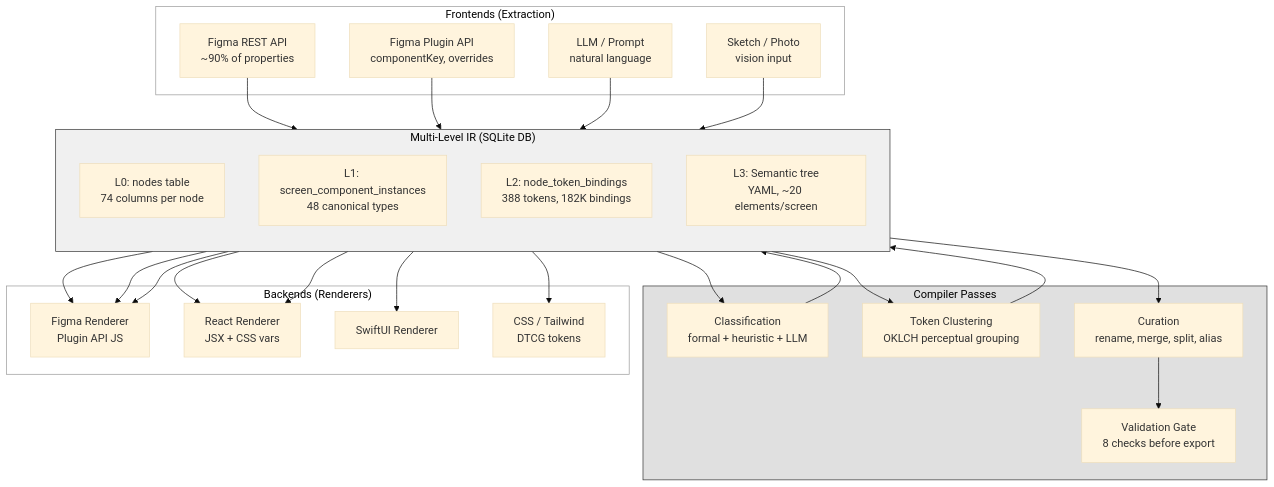
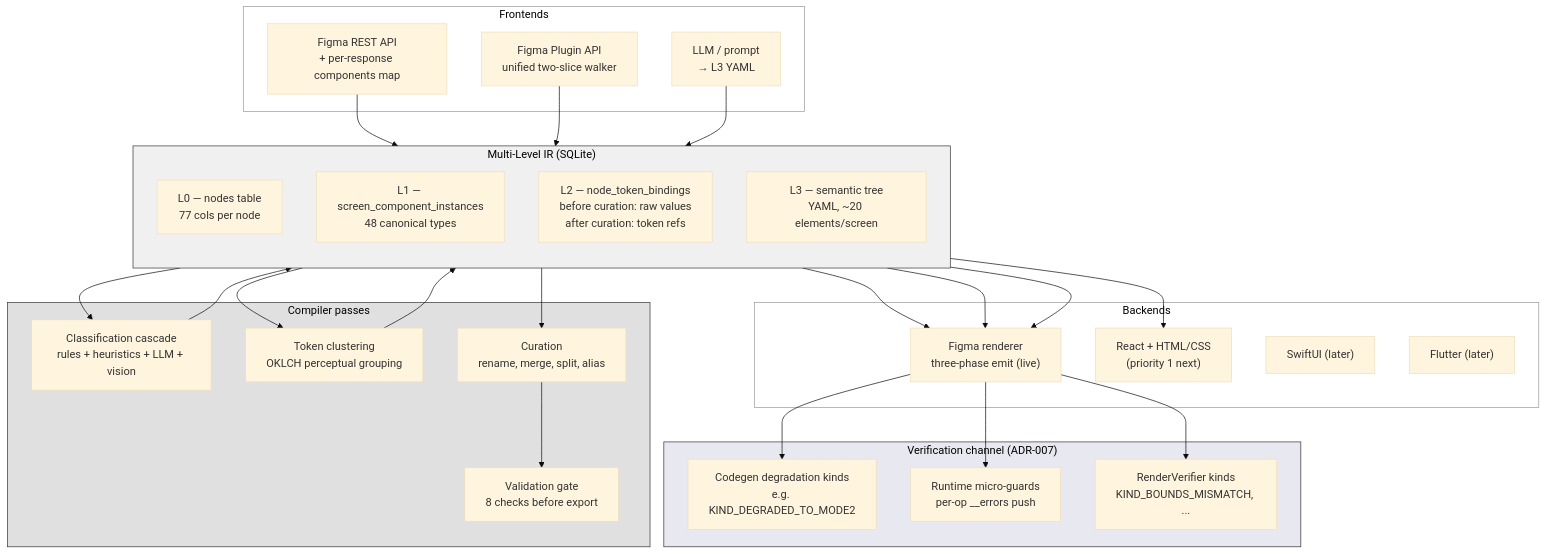
One commit to mpacione/declarative changed the third of 3 diagrams in README.md. Above: the diagram before and after it, drawn with Mermaid (base theme). The commit also changed other lines of this file and 3 other files, not shown here.

````diff
--- a/README.md
+++ b/README.md
@@ -204,54 +245,59 @@
 ```mermaid
 graph TB
-    subgraph Extraction["Frontends (Extraction)"]
-        REST["Figma REST API<br/>~90% of properties"]
-        PLUGIN["Figma Plugin API<br/>componentKey, overrides"]
-        PROMPT["LLM / Prompt<br/>natural language"]
-        SKETCH["Sketch / Photo<br/>vision input"]
+    subgraph Extraction["Frontends"]
+        REST["Figma REST API<br/>+ per-response components map"]
+        PLUGIN["Figma Plugin API<br/>unified two-slice walker"]
+        PROMPT["LLM / prompt<br/>→ L3 YAML"]
     end
 
-    subgraph IR["Multi-Level IR (SQLite DB)"]
+    subgraph IR["Multi-Level IR (SQLite)"]
         direction TB
-        NODES["L0: nodes table<br/>74 columns per node"]
-        SCI["L1: screen_component_instances<br/>48 canonical types"]
-        NTB["L2: node_token_bindings<br/>388 tokens, 182K bindings"]
-        SEM["L3: Semantic tree<br/>YAML, ~20 elements/screen"]
+        NODES["L0 — nodes table<br/>77 cols per node"]
+        SCI["L1 — screen_component_instances<br/>48 canonical types"]
+        NTB["L2 — node_token_bindings<br/>before curation: raw values<br/>after curation: token refs"]
+        SEM["L3 — semantic tree<br/>YAML, ~20 elements/screen"]
     end
 
-    subgraph Pipeline["Compiler Passes"]
-        CLASSIFY["Classification<br/>formal + heuristic + LLM"]
-        CLUSTER["Token Clustering<br/>OKLCH perceptual grouping"]
+    subgraph Pipeline["Compiler passes"]
+        CLASSIFY["Classification cascade<br/>rules + heuristics + LLM + vision"]
+        CLUSTER["Token clustering<br/>OKLCH perceptual grouping"]
         CURATE["Curation<br/>rename, merge, split, alias"]
-        VALIDATE["Validation Gate<br/>8 checks before export"]
+        VALIDATE["Validation gate<br/>8 checks before export"]
     end
 
-    subgraph Renderers["Backends (Renderers)"]
-        FIGMA_R["Figma Renderer<br/>Plugin API JS"]
-        REACT_R["React Renderer<br/>JSX + CSS vars"]
-        SWIFT_R["SwiftUI Renderer"]
-        CSS_R["CSS / Tailwind<br/>DTCG tokens"]
+    subgraph Verify["Verification channel (ADR-007)"]
+        CODEGEN_KINDS["Codegen degradation kinds<br/>e.g. KIND_DEGRADED_TO_MODE2"]
+        RUNTIME_KINDS["Runtime micro-guards<br/>per-op __errors push"]
+        POST_KINDS["RenderVerifier kinds<br/>KIND_BOUNDS_MISMATCH, ..."]
+    end
+
+    subgraph Renderers["Backends"]
+        FIGMA_R["Figma renderer<br/>three-phase emit (live)"]
+        REACT_R["React + HTML/CSS<br/>(priority 1 next)"]
+        SWIFT_R["SwiftUI (later)"]
+        FLUTTER_R["Flutter (later)"]
     end
 
     REST --> NODES
     PLUGIN --> NODES
     PROMPT --> SEM
-    SKETCH --> SEM
 
     NODES --> CLASSIFY --> SCI
     NODES --> CLUSTER --> NTB
-
     NTB --> CURATE --> VALIDATE
 
     NODES --> FIGMA_R
     SCI --> FIGMA_R
     NTB --> FIGMA_R
     SEM --> REACT_R
-    SCI --> REACT_R
-    NTB --> SWIFT_R
-    NTB --> CSS_R
+
+    FIGMA_R --> CODEGEN_KINDS
+    FIGMA_R --> RUNTIME_KINDS
+    FIGMA_R --> POST_KINDS
 
     style IR fill:#f0f0f0,color:#000,stroke:#333
     style Pipeline fill:#e0e0e0,color:#000,stroke:#333
+    style Verify fill:#e8e8f0,color:#000,stroke:#333
     style Extraction fill:#fff,color:#000,stroke:#999
     style Renderers fill:#fff,color:#000,stroke:#999
 ```
````
